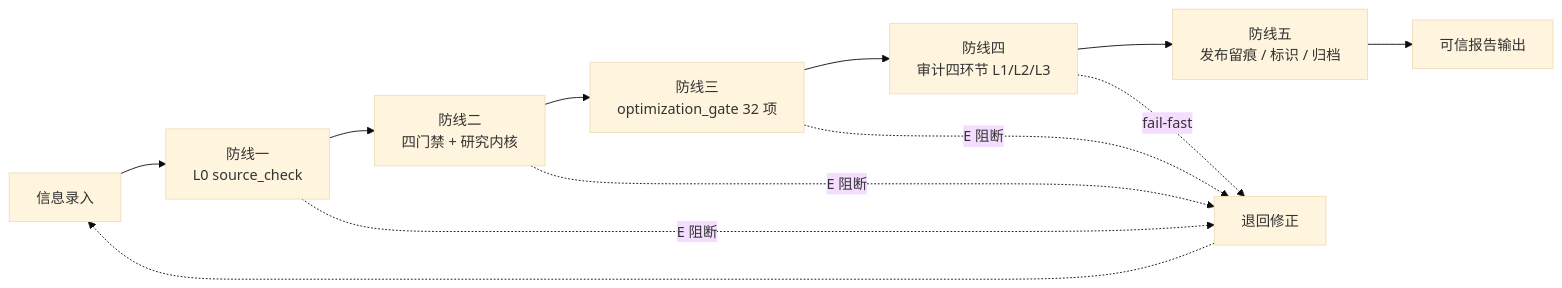
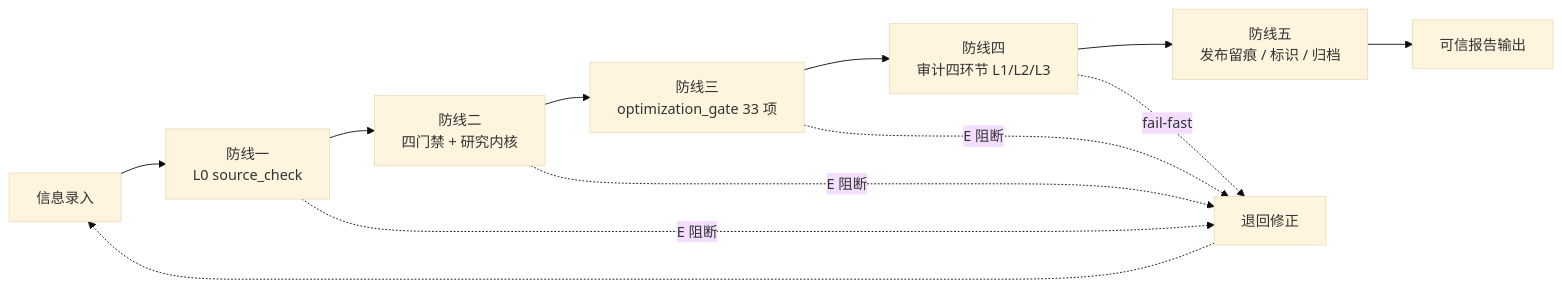
The second of 4 diagrams in engine/docs/report-pipeline-system.md (hmbphxkw76-byte/tech-context-digest), drawn with Mermaid (base theme) before and after one commit. The commit also changed other lines of this file and 23 other files, not shown here.

````diff
--- a/engine/docs/report-pipeline-system.md
+++ b/engine/docs/report-pipeline-system.md
@@ -59,14 +59,14 @@
 ```mermaid
 flowchart LR
     IN["信息录入"] --> D1["防线一<br/>L0 source_check"]
     D1 --> D2["防线二<br/>四门禁 + 研究内核"]
-    D2 --> D3["防线三<br/>optimization_gate 32 项"]
+    D2 --> D3["防线三<br/>optimization_gate 33 项"]
     D3 --> D4["防线四<br/>审计四环节 L1/L2/L3"]
     D4 --> D5["防线五<br/>发布留痕 / 标识 / 归档"]
     D5 --> OUT["可信报告输出"]
     D1 -. "E 阻断" .-> BLOCK["退回修正"]
     D2 -. "E 阻断" .-> BLOCK
     D3 -. "E 阻断" .-> BLOCK
     D4 -. "fail-fast" .-> BLOCK
     BLOCK -.-> IN
 ```
````
